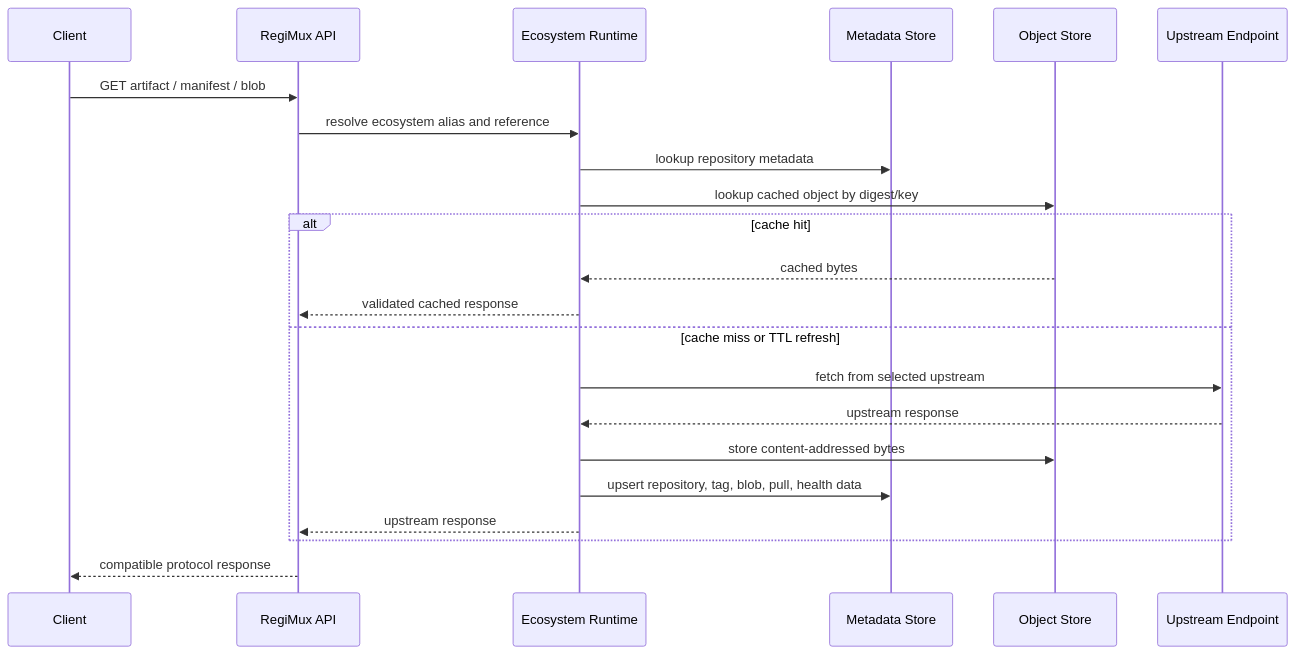
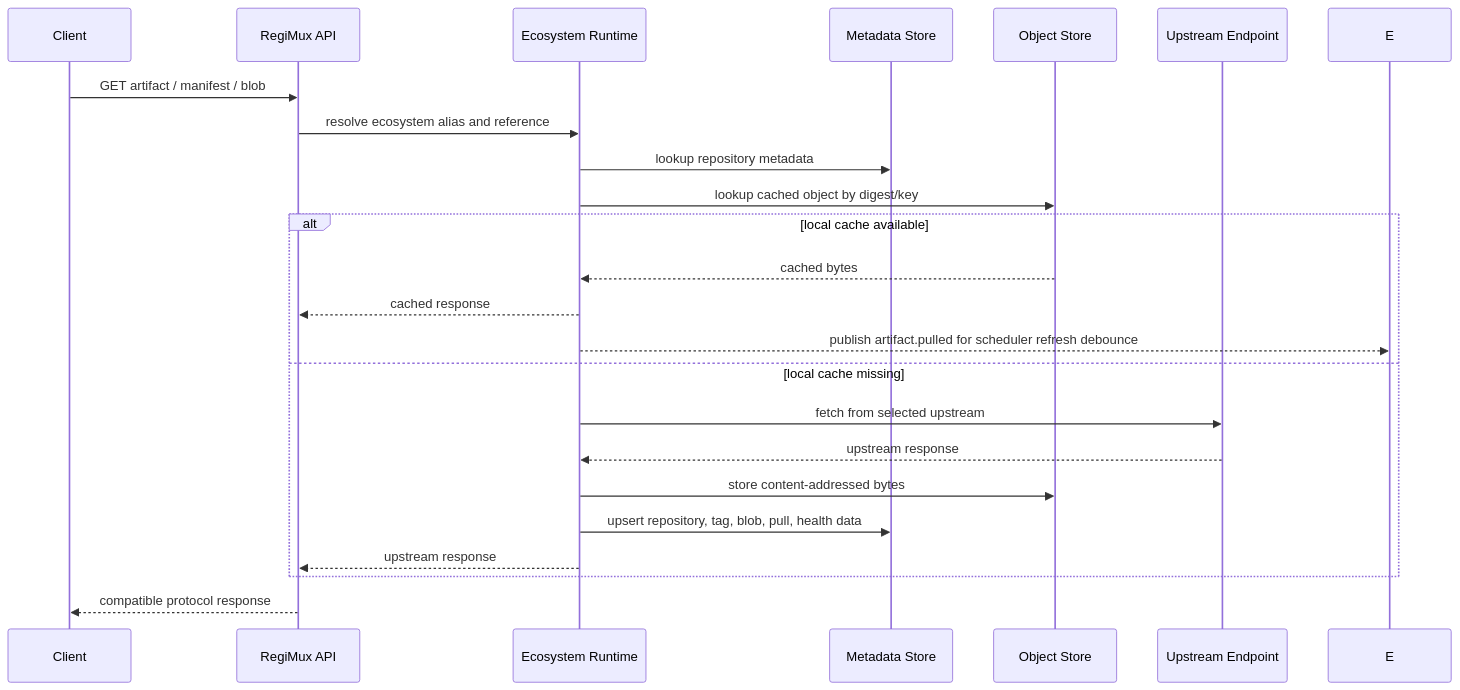
Before and after one commit to lyonbrown4d/regimux: the second of 4 diagrams in docs/en/design.md, drawn with Mermaid. The commit also changed other lines of this file and 82 other files, not shown here.

````diff
--- a/docs/en/design.md
+++ b/docs/en/design.md
@@ -105,25 +105,26 @@
 ```mermaid
 sequenceDiagram
   participant C as Client
   participant A as RegiMux API
   participant R as Ecosystem Runtime
   participant M as Metadata Store
   participant O as Object Store
   participant U as Upstream Endpoint
 
   C->>A: GET artifact / manifest / blob
   A->>R: resolve ecosystem alias and reference
   R->>M: lookup repository metadata
   R->>O: lookup cached object by digest/key
-  alt cache hit
+  alt local cache available
     O-->>R: cached bytes
-    R-->>A: validated cached response
-  else cache miss or TTL refresh
+    R-->>A: cached response
+    R-->>E: publish artifact.pulled for scheduler refresh debounce
+  else local cache missing
     R->>U: fetch from selected upstream
     U-->>R: upstream response
     R->>O: store content-addressed bytes
     R->>M: upsert repository, tag, blob, pull, health data
     R-->>A: upstream response
   end
   A-->>C: compatible protocol response
 ```
````
